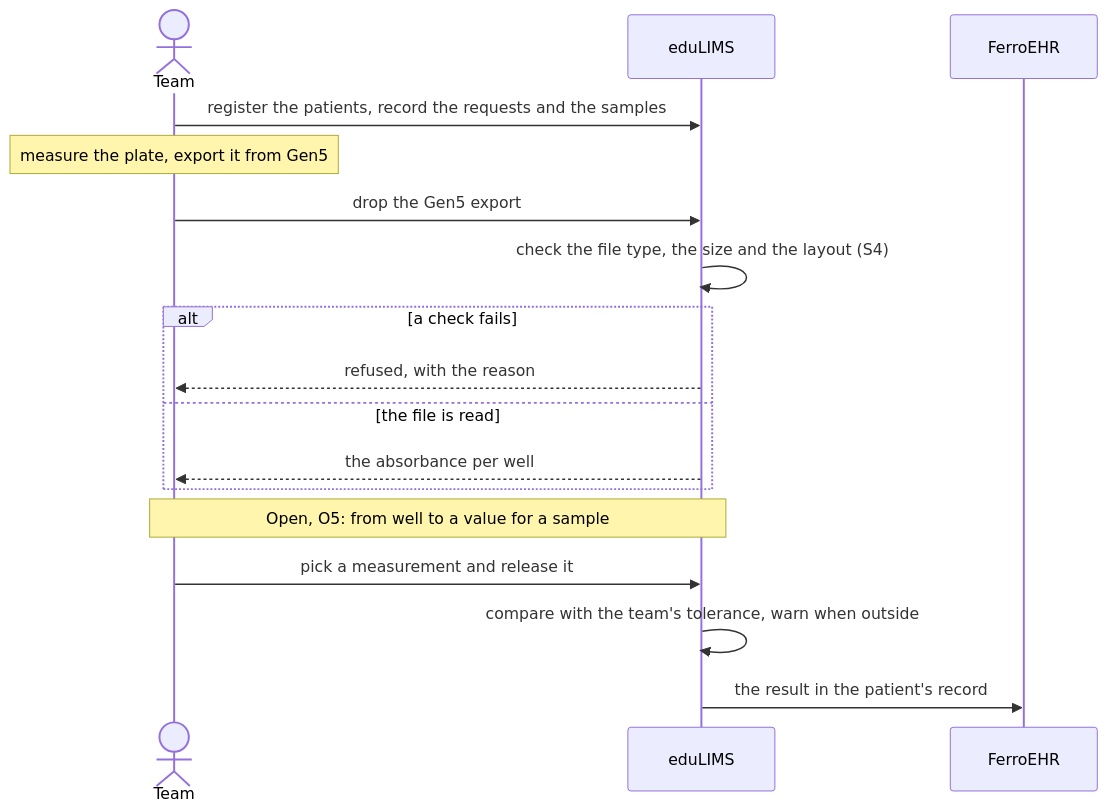
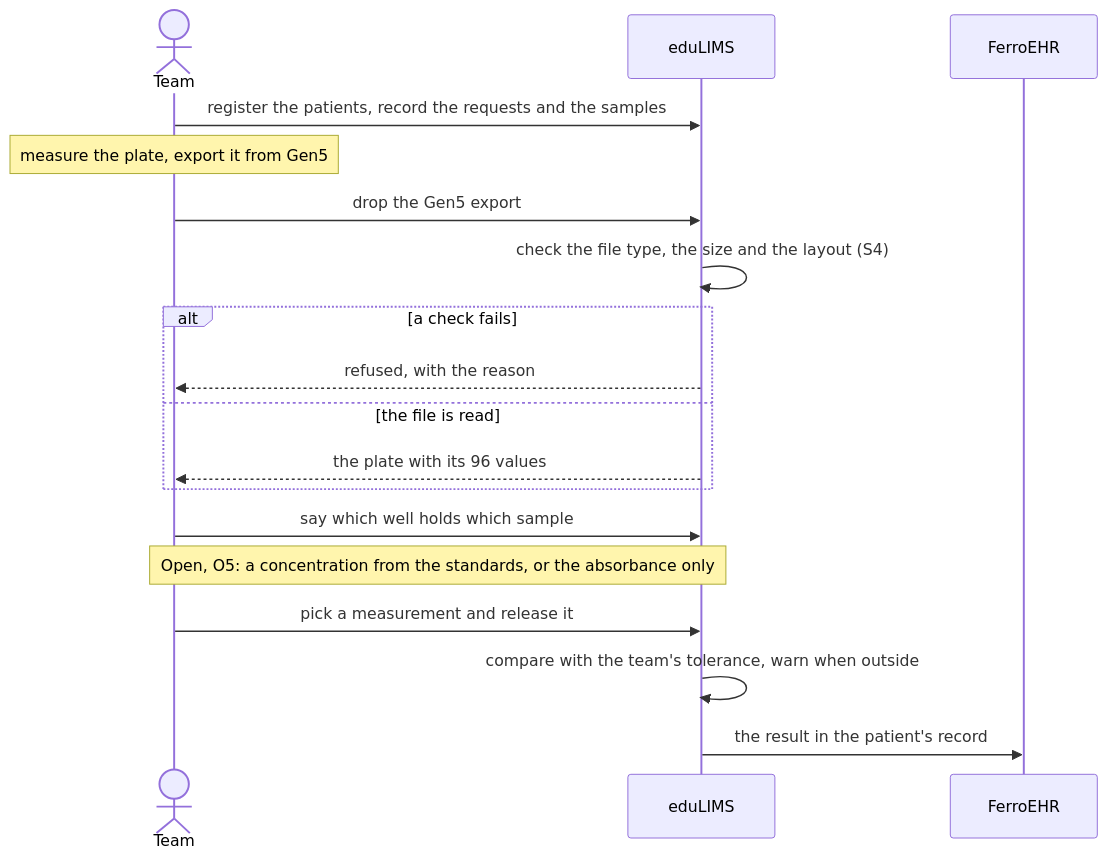
One commit to Vernum-Projecten/eduLIMS changed the fourth of 5 diagrams in docs/lims-workflow.md. Above: the diagram before and after it, drawn with Mermaid. The commit also changed other lines of this file and 27 other files, not shown here.

````diff
--- a/docs/lims-workflow.md
+++ b/docs/lims-workflow.md
@@ -139,20 +165,21 @@
 ```mermaid
 sequenceDiagram
     actor T as Team
     participant E as eduLIMS
     participant F as FerroEHR
 
     T->>E: register the patients, record the requests and the samples
     Note over T: measure the plate, export it from Gen5
     T->>E: drop the Gen5 export
     E->>E: check the file type, the size and the layout (S4)
     alt a check fails
         E-->>T: refused, with the reason
     else the file is read
-        E-->>T: the absorbance per well
+        E-->>T: the plate with its 96 values
     end
-    Note over T,E: Open, O5: from well to a value for a sample
+    T->>E: say which well holds which sample
+    Note over T,E: Open, O5: a concentration from the standards, or the absorbance only
     T->>E: pick a measurement and release it
     E->>E: compare with the team's tolerance, warn when outside
     E->>F: the result in the patient's record
 ```
````
